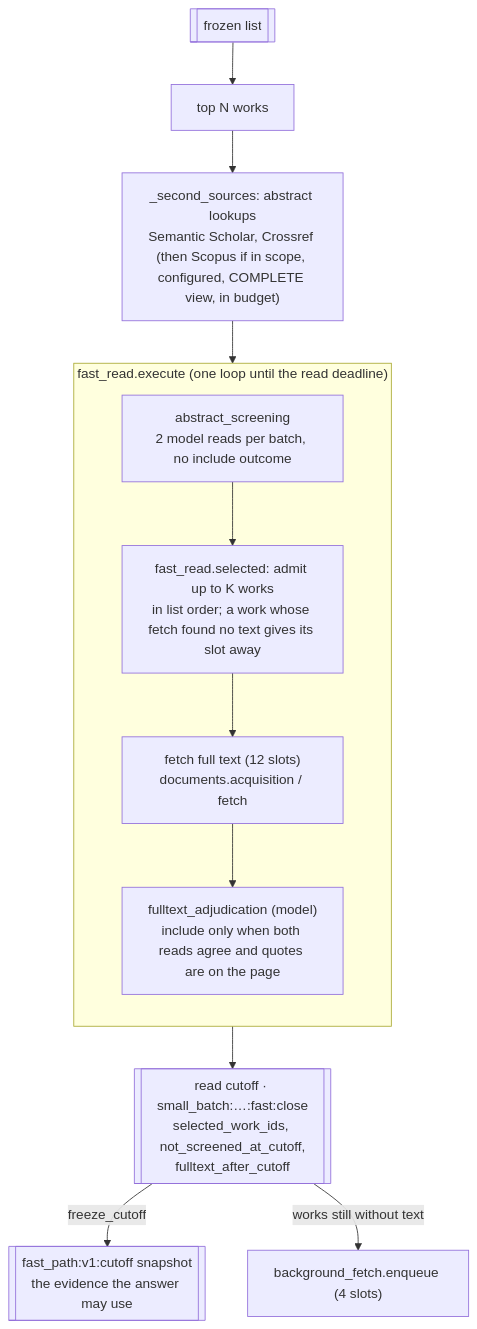
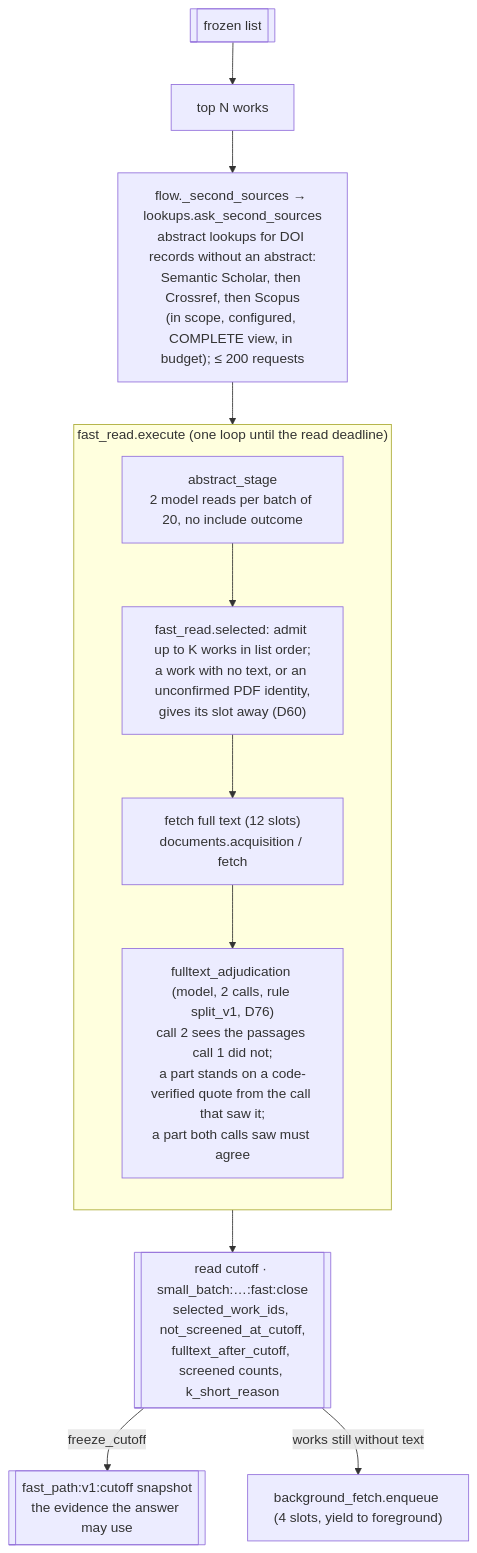
One commit to huguryildiz/DEIXIS changed the sixth of 8 diagrams in docs/search-architecture.md. Above: the diagram before and after it, drawn with Mermaid. The commit also changed other lines of this file, not shown here.

Commit message:
docs: search architecture brought up to 8cbedaea (reranker, ranking replay, joint signal, seed semantic requests, follow-up, Screen more, snowball, citation map)

````diff
--- a/docs/search-architecture.md
+++ b/docs/search-architecture.md
@@ -151,20 +213,20 @@
 ```mermaid
 flowchart TD
     FL[["frozen list"]] --> TOPN["top N works"]
-    TOPN --> SS["_second_sources: abstract lookups<br/>Semantic Scholar, Crossref (then Scopus if in scope, configured, COMPLETE view, in budget)"]
+    TOPN --> SS["flow._second_sources → lookups.ask_second_sources<br/>abstract lookups for DOI records without an abstract:<br/>Semantic Scholar, then Crossref, then Scopus<br/>(in scope, configured, COMPLETE view, in budget); ≤ 200 requests"]
     SS --> FR
 
     subgraph FR["fast_read.execute (one loop until the read deadline)"]
         direction TB
-        AB["abstract_screening<br/>2 model reads per batch, no include outcome"]
-        SEL["fast_read.selected: admit up to K works<br/>in list order; a work whose fetch found no text gives its slot away"]
+        AB["abstract_stage<br/>2 model reads per batch of 20, no include outcome"]
+        SEL["fast_read.selected: admit up to K works in list order;<br/>a work with no text, or an unconfirmed PDF identity,<br/>gives its slot away (D60)"]
         FE["fetch full text (12 slots)<br/>documents.acquisition / fetch"]
-        FA["fulltext_adjudication (model)<br/>include only when both reads agree and quotes are on the page"]
+        FA["fulltext_adjudication (model, 2 calls, rule split_v1, D76)<br/>call 2 sees the passages call 1 did not;<br/>a part stands on a code-verified quote from the call that saw it;<br/>a part both calls saw must agree"]
         AB --> SEL
         SEL --> FE --> FA
     end
 
-    FR --> CUT[["read cutoff · small_batch:…:fast:close<br/>selected_work_ids, not_screened_at_cutoff,<br/>fulltext_after_cutoff"]]
+    FR --> CUT[["read cutoff · small_batch:…:fast:close<br/>selected_work_ids, not_screened_at_cutoff,<br/>fulltext_after_cutoff, screened counts, k_short_reason"]]
     CUT -->|"freeze_cutoff"| SNAP[["fast_path:v1:cutoff snapshot<br/>the evidence the answer may use"]]
-    CUT -->|"works still without text"| BG["background_fetch.enqueue (4 slots)"]
+    CUT -->|"works still without text"| BG["background_fetch.enqueue (4 slots, yield to foreground)"]
 ```
````
